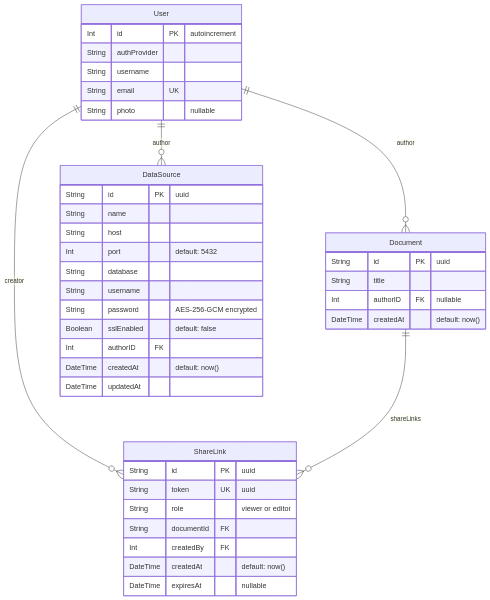
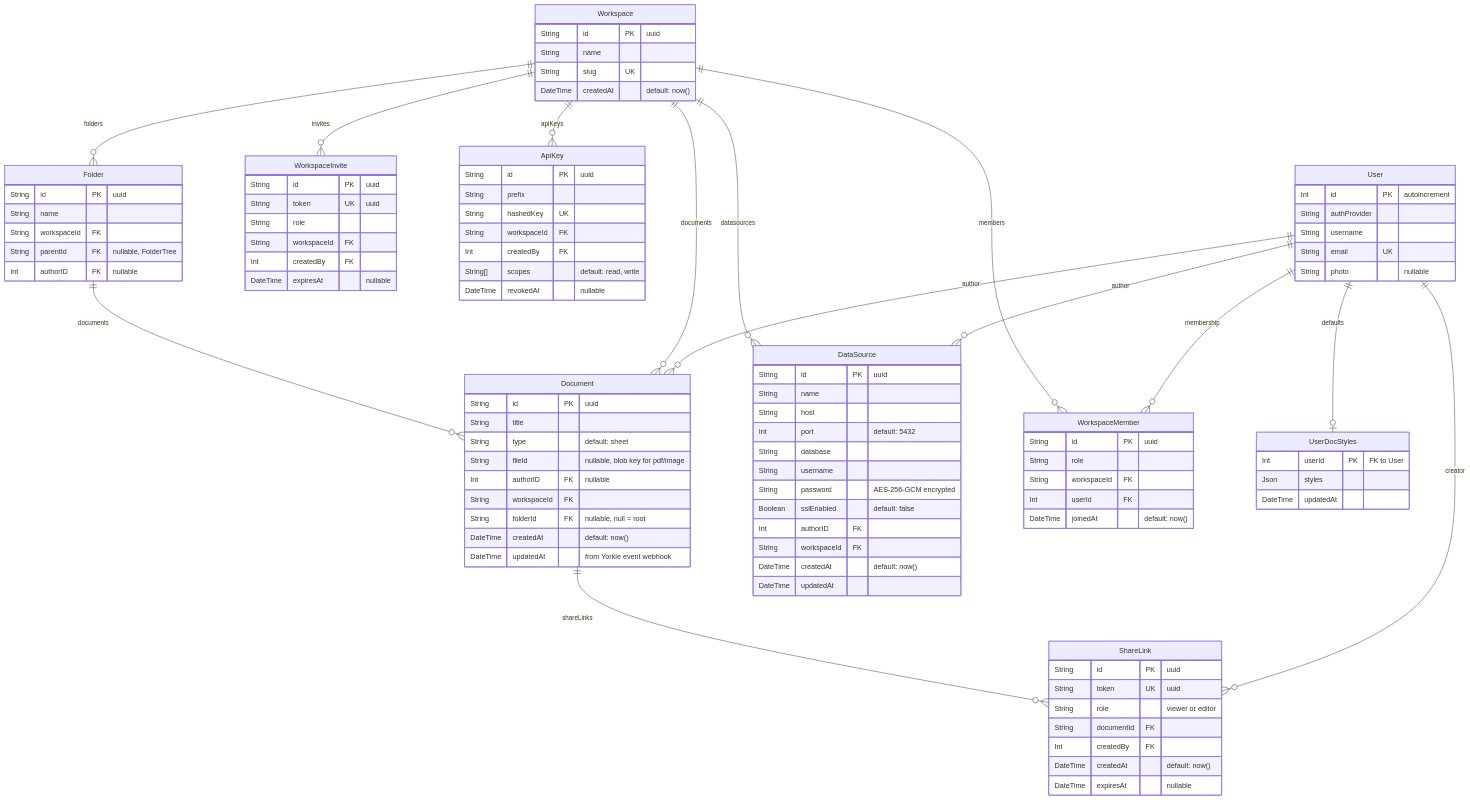
Before and after one commit to wafflebase/wafflebase: the second of 2 diagrams in docs/design/backend.md, drawn with Mermaid. The commit also changed other lines of this file and 56 other files, not shown here.

````diff
--- a/docs/design/backend.md
+++ b/docs/design/backend.md
@@ -341,8 +384,13 @@
     Document {
         String id PK "uuid"
         String title
+        String type "default: sheet"
+        String fileId "nullable, blob key for pdf/image"
         Int authorID FK "nullable"
+        String workspaceId FK
+        String folderId FK "nullable, null = root"
         DateTime createdAt "default: now()"
+        DateTime updatedAt "from Yorkie event webhook"
     }
     ShareLink {
         String id PK "uuid"
@@ -363,11 +411,63 @@
         String password "AES-256-GCM encrypted"
         Boolean sslEnabled "default: false"
         Int authorID FK
+        String workspaceId FK
         DateTime createdAt "default: now()"
+        DateTime updatedAt
+    }
+    Workspace {
+        String id PK "uuid"
+        String name
+        String slug UK
+        DateTime createdAt "default: now()"
+    }
+    WorkspaceMember {
+        String id PK "uuid"
+        String role
+        String workspaceId FK
+        Int userId FK
+        DateTime joinedAt "default: now()"
+    }
+    WorkspaceInvite {
+        String id PK "uuid"
+        String token UK "uuid"
+        String role
+        String workspaceId FK
+        Int createdBy FK
+        DateTime expiresAt "nullable"
+    }
+    ApiKey {
+        String id PK "uuid"
+        String prefix
+        String hashedKey UK
+        String workspaceId FK
+        Int createdBy FK
+        String[] scopes "default: read, write"
+        DateTime revokedAt "nullable"
+    }
+    Folder {
+        String id PK "uuid"
+        String name
+        String workspaceId FK
+        String parentId FK "nullable, FolderTree"
+        Int authorID FK "nullable"
+    }
+    UserDocStyles {
+        Int userId PK "FK to User"
+        Json styles
         DateTime updatedAt
     }
     User ||--o{ Document : "author"
     User ||--o{ ShareLink : "creator"
     User ||--o{ DataSource : "author"
+    User ||--o{ WorkspaceMember : "membership"
+    User ||--o| UserDocStyles : "defaults"
+    Workspace ||--o{ WorkspaceMember : "members"
+    Workspace ||--o{ WorkspaceInvite : "invites"
+    Workspace ||--o{ ApiKey : "apiKeys"
+    Workspace ||--o{ Document : "documents"
+    Workspace ||--o{ Folder : "folders"
+    Workspace ||--o{ DataSource : "datasources"
+    Folder ||--o{ Document : "documents"
     Document ||--o{ ShareLink : "shareLinks"
 ```
````
